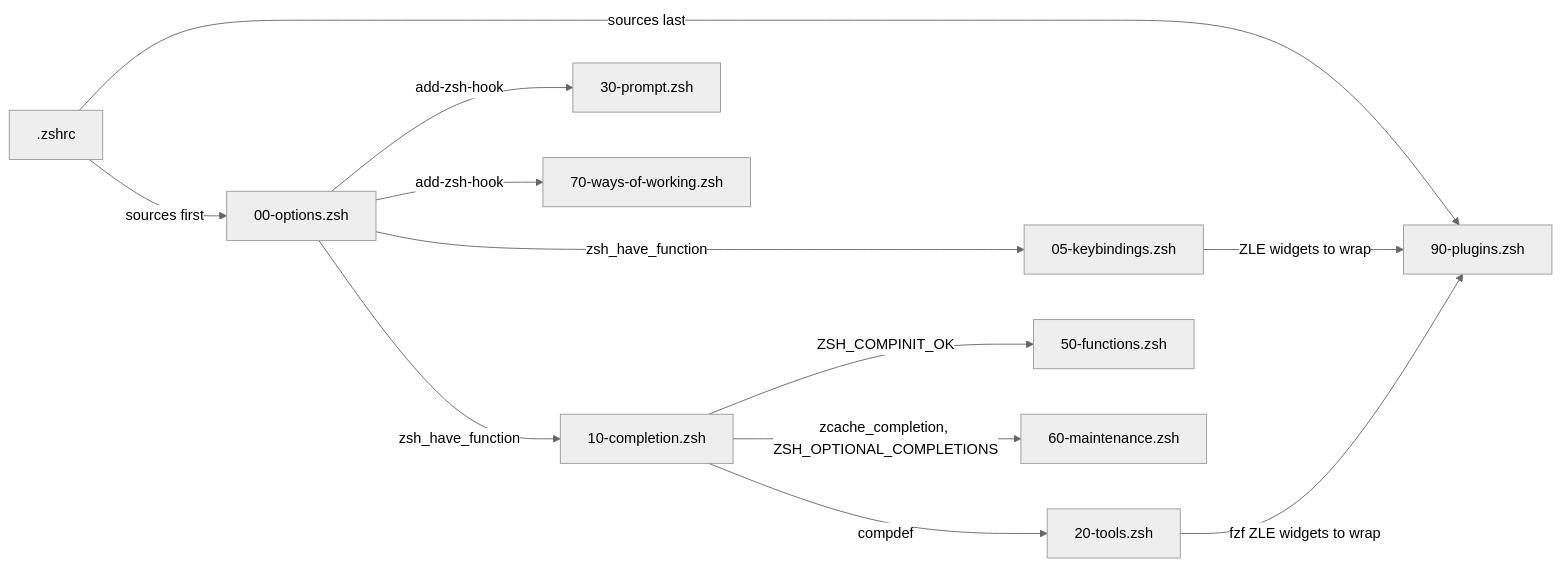
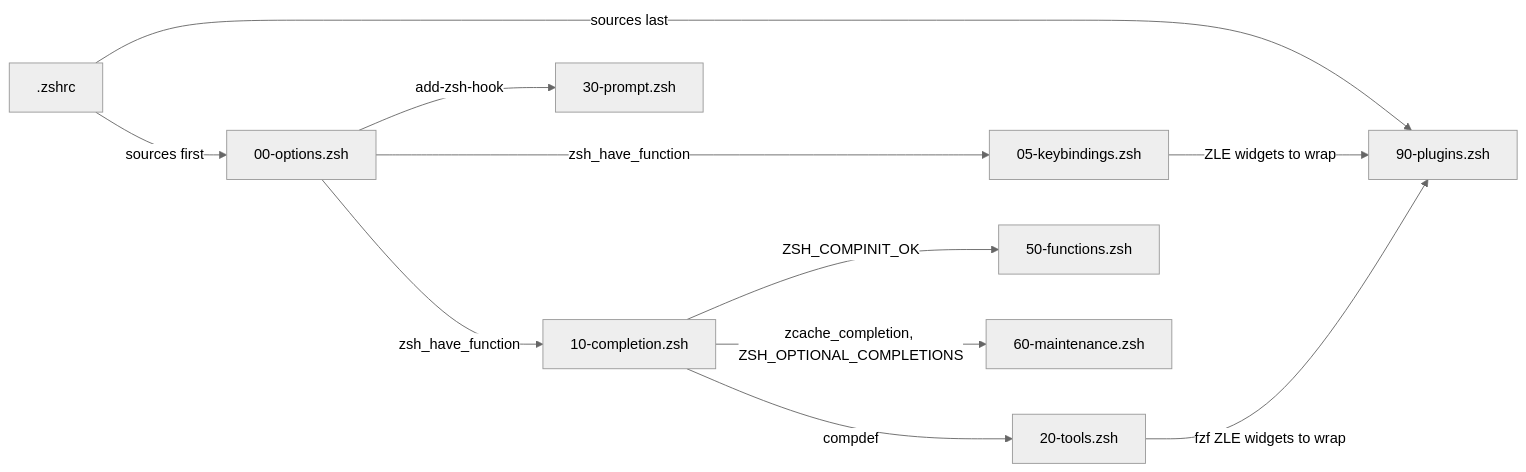
The second of 2 diagrams in docs/zsh/overview.md (froazin/dotfiles), drawn with Mermaid (neutral theme) before and after one commit. The commit also changed other lines of this file and 41 other files, not shown here.

````diff
--- a/docs/zsh/overview.md
+++ b/docs/zsh/overview.md
@@ -70,16 +71,15 @@
 ```mermaid
 flowchart LR
     accTitle: What each zshrc.d drop-in gives the later ones
     accDescr: .zshrc sources 00-options.zsh first and 90-plugins.zsh last. 00-options.zsh defines zsh_have_function and add-zsh-hook for later drop-ins. 10-completion.zsh provides compdef and the completion registry. The plugins must wrap the ZLE widgets that keybindings and fzf register.
     zshrc[".zshrc"] -->|sources first| options["00-options.zsh"]
     zshrc -->|sources last| plugins["90-plugins.zsh"]
     options -->|zsh_have_function| keys["05-keybindings.zsh"]
     options -->|zsh_have_function| completion["10-completion.zsh"]
     options -->|add-zsh-hook| prompt["30-prompt.zsh"]
-    options -->|add-zsh-hook| wow["70-ways-of-working.zsh"]
     completion -->|compdef| tools["20-tools.zsh"]
     completion -->|ZSH_COMPINIT_OK| functions["50-functions.zsh"]
     completion -->|"zcache_completion, ZSH_OPTIONAL_COMPLETIONS"| maintenance["60-maintenance.zsh"]
     keys -->|ZLE widgets to wrap| plugins
     tools -->|fzf ZLE widgets to wrap| plugins
 ```
````
